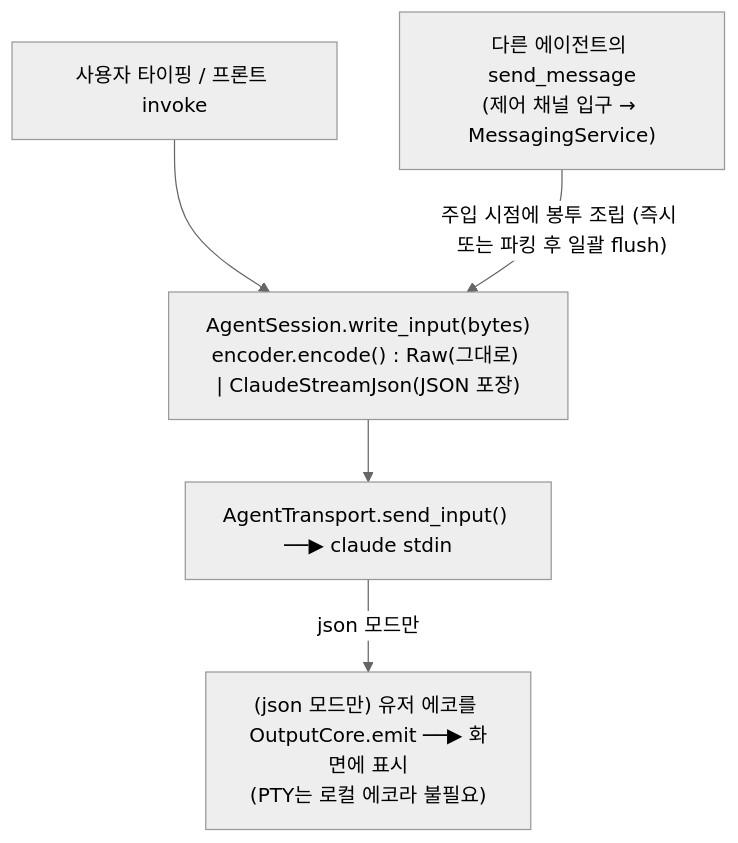
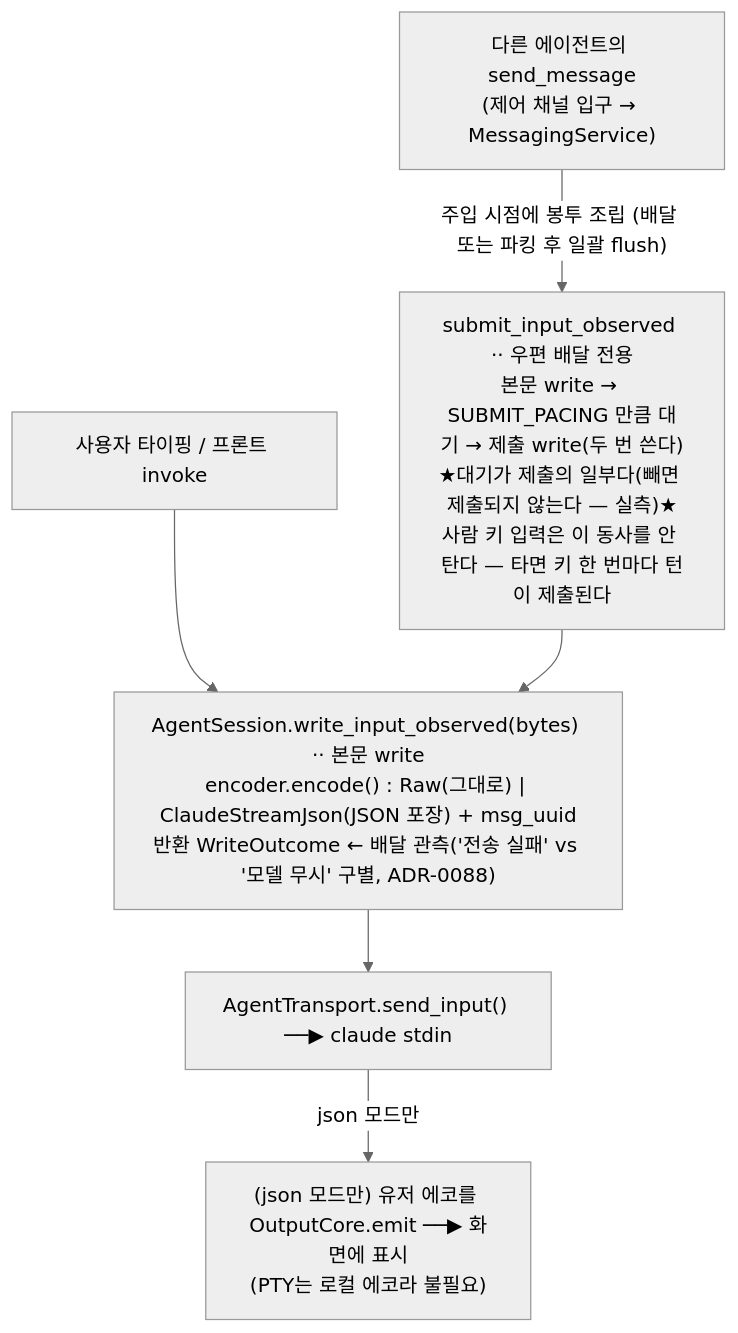
One commit to kimsunzun/engram-dashboard changed the sixth of 20 diagrams in docs/reference/architecture-overview.md. Above: the diagram before and after it, drawn with Mermaid (neutral theme). The commit also changed other lines of this file and 2 other files, not shown here.

````diff
--- a/docs/reference/architecture-overview.md
+++ b/docs/reference/architecture-overview.md
@@ -237,13 +261,15 @@
 ```mermaid
 flowchart TD
   IN1["사용자 타이핑 / 프론트 invoke"]
   IN2["다른 에이전트의 send_message<br/>(제어 채널 입구 → MessagingService)"]
-  WI["AgentSession.write_input(bytes)<br/>encoder.encode() : Raw(그대로) | ClaudeStreamJson(JSON 포장)"]
+  WI["AgentSession.write_input_observed(bytes) ·· 본문 write<br/>encoder.encode() : Raw(그대로) | ClaudeStreamJson(JSON 포장) + msg_uuid<br/>반환 WriteOutcome ← 배달 관측('전송 실패' vs '모델 무시' 구별, ADR-0088)"]
+  SUBMIT["submit_input_observed ·· 우편 배달 전용<br/>본문 write → SUBMIT_PACING 만큼 대기 → 제출 write(두 번 쓴다)<br/>★대기가 제출의 일부다(빼면 제출되지 않는다 — 실측)★<br/>사람 키 입력은 이 동사를 안 탄다 — 타면 키 한 번마다 턴이 제출된다"]
   SI["AgentTransport.send_input() ──▶ claude stdin"]
   ECHO["(json 모드만) 유저 에코를 OutputCore.emit ──▶ 화면에 표시<br/>(PTY는 로컬 에코라 불필요)"]
 
   IN1 --> WI
-  IN2 -->|"주입 시점에 봉투 조립 (즉시 또는 파킹 후 일괄 flush)"| WI
+  IN2 -->|"주입 시점에 봉투 조립 (배달 또는 파킹 후 일괄 flush)"| SUBMIT
+  SUBMIT --> WI
   WI --> SI
   SI -->|"json 모드만"| ECHO
 ```
````
